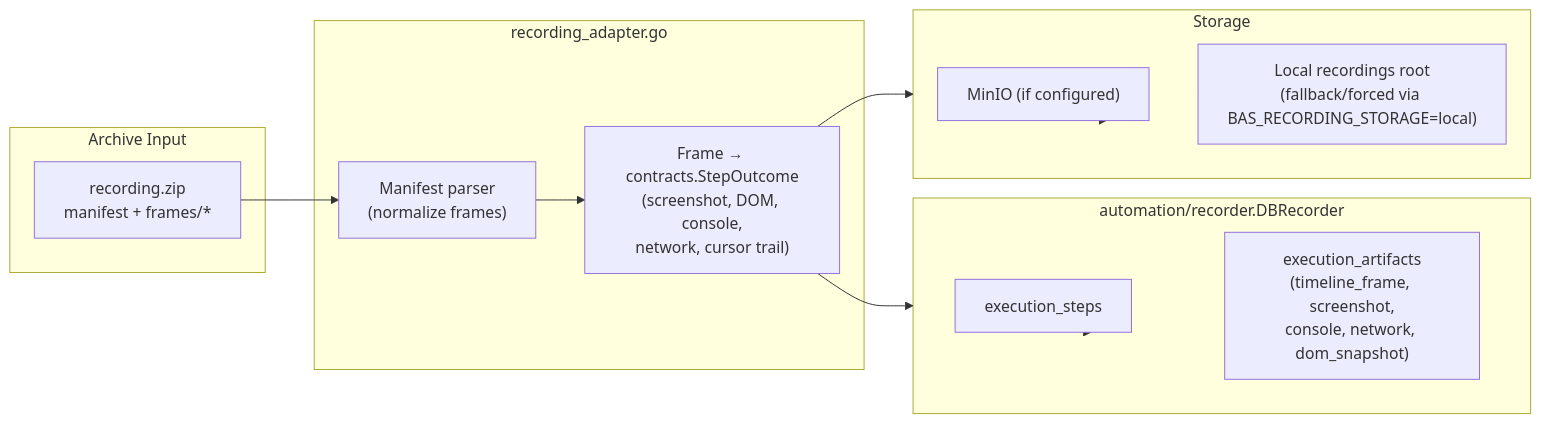
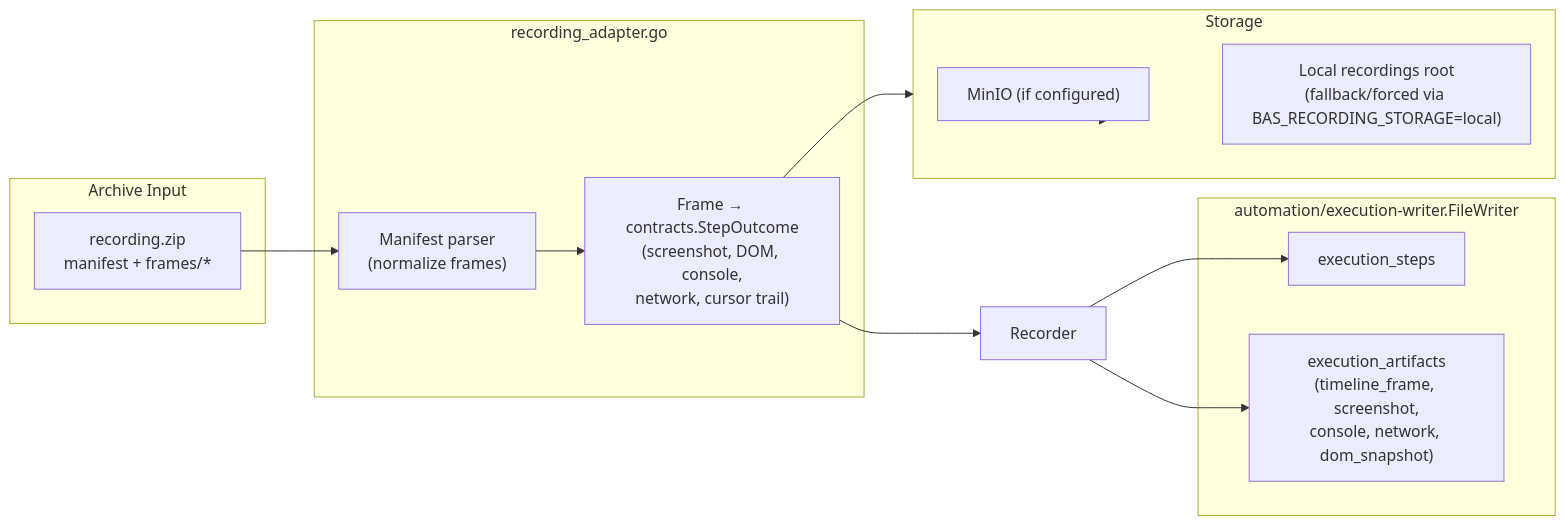
One commit to Vrooli/Vrooli changed the diagram in scenarios/browser-automation-studio/api/services/recording.md. Above: the diagram before and after it, drawn with Mermaid. The commit also changed 60 other files, not shown here.

````diff
--- a/scenarios/browser-automation-studio/api/services/recording.md
+++ b/scenarios/browser-automation-studio/api/services/recording.md
@@ -5,28 +5,28 @@
 ```mermaid
 flowchart LR
     subgraph Input["Archive Input"]
         ZIP["recording.zip\nmanifest + frames/*"]
     end
 
     subgraph Adapter["recording_adapter.go"]
         MAN["Manifest parser\n(normalize frames)"]
         OUT["Frame → contracts.StepOutcome\n(screenshot, DOM, console,\nnetwork, cursor trail)"]
     end
 
-    subgraph Recorder["automation/recorder.DBRecorder"]
+    subgraph Writer["automation/execution-writer.FileWriter"]
         STEPS["execution_steps"]
         ART["execution_artifacts\n(timeline_frame, screenshot,\nconsole, network, dom_snapshot)"]
     end
 
     subgraph Storage["Storage"]
         MINIO["MinIO (if configured)"]
         LOCAL["Local recordings root\n(fallback/forced via BAS_RECORDING_STORAGE=local)"]
     end
 
     ZIP --> MAN --> OUT --> Recorder
     OUT --> Storage
     Recorder --> STEPS
     Recorder --> ART
     Storage --> MINIO
     Storage --> LOCAL
 ```
````
